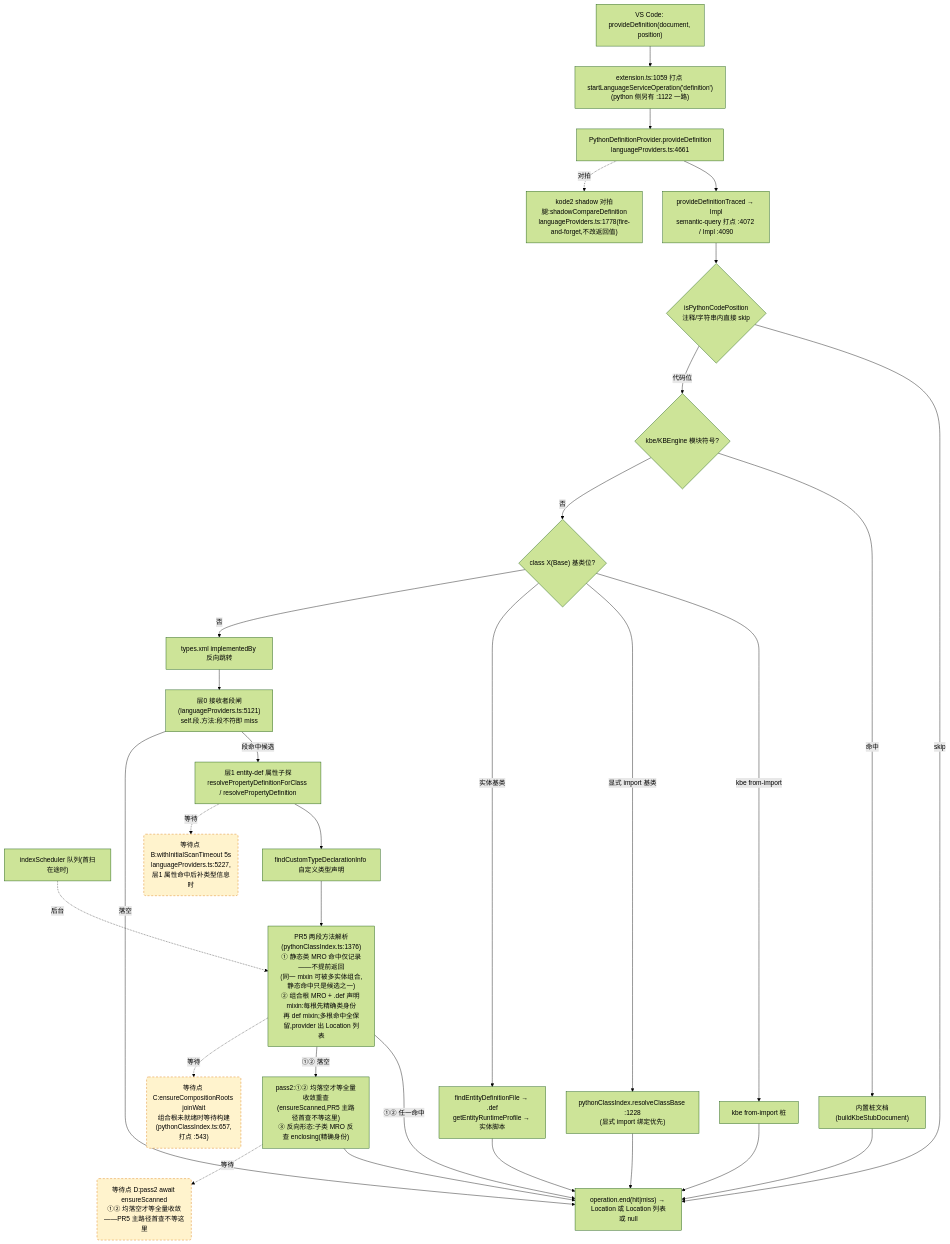
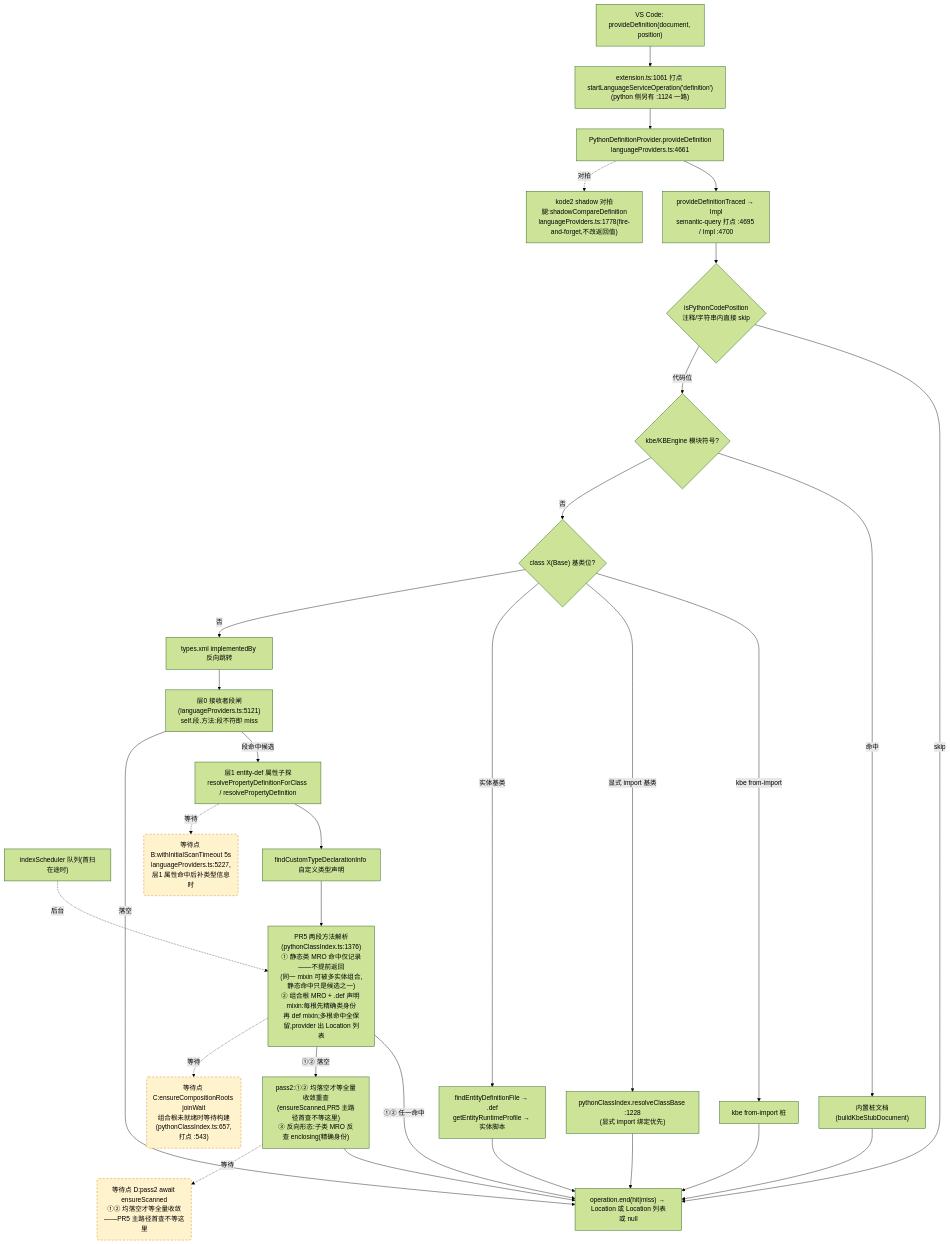
Before and after one commit to cuihairu/kode: the second of 4 diagrams in docs/perf/2026-baseline.md, drawn with Mermaid (forest theme). The commit also changed other lines of this file and 1 other file, not shown here.

````diff
--- a/docs/perf/2026-baseline.md
+++ b/docs/perf/2026-baseline.md
@@ -130,51 +130,51 @@
 ```mermaid
 flowchart TD
   VC2["VS Code: provideDefinition(document, position)"]
-  M2["extension.ts:1059 打点 startLanguageServiceOperation('definition')<br/>(python 侧另有 :1122 一路)"]
+  M2["extension.ts:1061 打点 startLanguageServiceOperation('definition')<br/>(python 侧另有 :1124 一路)"]
   AD2["PythonDefinitionProvider.provideDefinition<br/>languageProviders.ts:4661"]
-  TR["provideDefinitionTraced → Impl<br/>semantic-query 打点 :4072 / Impl :4090"]
+  TR["provideDefinitionTraced → Impl<br/>semantic-query 打点 :4695 / Impl :4700"]
   CTX{"isPythonCodePosition<br/>注释/字符串内直接 skip"}
   KBE{"kbe/KBEngine 模块符号?"}
   STUB["内置桩文档(buildKbeStubDocument)"]
   CB{"class X(Base) 基类位?"}
   CB1["kbe from-import 桩"]
   CB2["pythonClassIndex.resolveClassBase :1228<br/>(显式 import 绑定优先)"]
   CB3["findEntityDefinitionFile → .def<br/>getEntityRuntimeProfile → 实体脚本"]
   REV["types.xml implementedBy 反向跳转"]
   L0["层0 接收者段闸(languageProviders.ts:5121)<br/>self.段.方法:段不符即 miss"]
   L1["层1 entity-def 属性子探<br/>resolvePropertyDefinitionForClass / resolvePropertyDefinition"]
   SCAN["indexScheduler 队列(首扫在途时)"]
   TY["findCustomTypeDeclarationInfo 自定义类型声明"]
   MRO["PR5 两段方法解析(pythonClassIndex.ts:1376)<br/>① 静态类 MRO 命中仅记录——不提前返回<br/>(同一 mixin 可被多实体组合,静态命中只是候选之一)<br/>② 组合根 MRO + .def 声明 mixin:每根先精确类身份<br/>再 def mixin;多根命中全保留,provider 出 Location 列表"]
   PASS2["pass2:①② 均落空才等全量收敛重查<br/>(ensureScanned,PR5 主路径首查不等这里)<br/>③ 反向形态:子类 MRO 反查 enclosing(精确身份)"]
   SHD["kode2 shadow 对拍腿:shadowCompareDefinition<br/>languageProviders.ts:1778(fire-and-forget,不改返回值)"]
   END2["operation.end(hit|miss) → Location 或 Location 列表或 null"]
 
   VC2 --> M2 --> AD2 --> TR --> CTX
   CTX -- "skip" --> END2
   CTX -- "代码位" --> KBE
   KBE -- "命中" --> STUB --> END2
   KBE -- "否" --> CB
   CB -- "kbe from-import" --> CB1 --> END2
   CB -- "显式 import 基类" --> CB2 --> END2
   CB -- "实体基类" --> CB3 --> END2
   CB -- "否" --> REV --> L0
   L0 -- "段命中候选" --> L1
   L0 -- "落空" --> END2
   L1 --> TY
   TY --> MRO
   MRO -- "①② 任一命中" --> END2
   MRO -- "①② 落空" --> PASS2 --> END2
   AD2 -.->|对拍| SHD
 
   WAITB("等待点 B:withInitialScanTimeout 5s<br/>languageProviders.ts:5227,层1 属性命中后补类型信息时")
   WAITC("等待点 C:ensureCompositionRoots joinWait<br/>组合根未就绪时等待构建(pythonClassIndex.ts:657,打点 :543)")
   WAITD("等待点 D:pass2 await ensureScanned<br/>①② 均落空才等全量收敛——PR5 主路径首查不等这里")
   L1 -.->|等待| WAITB
   MRO -.->|等待| WAITC
   PASS2 -.->|等待| WAITD
   SCAN -.->|后台| MRO
 
   classDef waitPoint fill:#fff3cd,stroke:#d97706,stroke-dasharray:5 4;
   class WAITB,WAITC,WAITD waitPoint;
 ```
````
